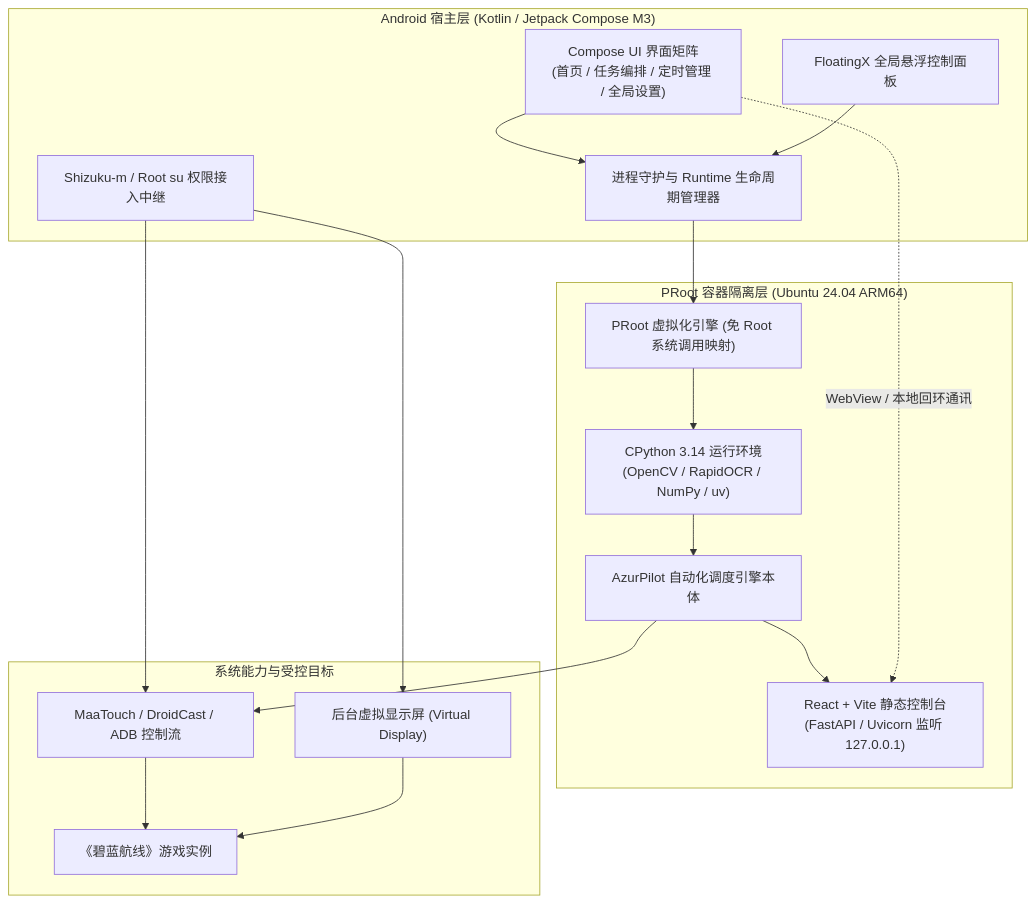
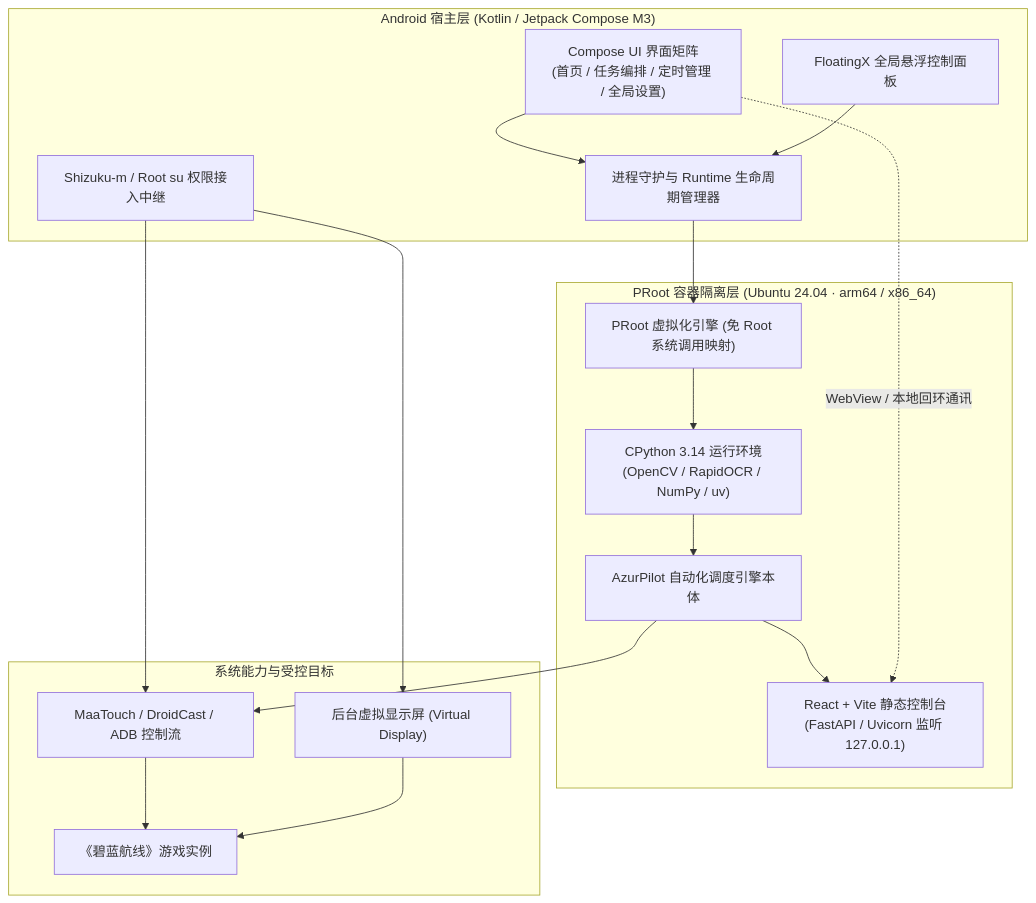
One commit to wess09/ALAS-AOS changed the diagram in README.md. Above: the diagram before and after it, drawn with Mermaid. The commit also changed other lines of this file and 60 other files, not shown here.

````diff
--- a/README.md
+++ b/README.md
@@ -305,35 +306,35 @@
 ```mermaid
 graph TD
     subgraph AndroidHost ["Android 宿主层 (Kotlin / Jetpack Compose M3)"]
         UI["Compose UI 界面矩阵\n(首页 / 任务编排 / 定时管理 / 全局设置)"]
         Overlay["FloatingX 全局悬浮控制面板"]
         Lifecycle["进程守护与 Runtime 生命周期管理器"]
         Bridge["Shizuku-m / Root su 权限接入中继"]
     end
 
-    subgraph Container ["PRoot 容器隔离层 (Ubuntu 24.04 ARM64)"]
+    subgraph Container ["PRoot 容器隔离层 (Ubuntu 24.04 · arm64 / x86_64)"]
         PROOT["PRoot 虚拟化引擎 (免 Root 系统调用映射)"]
         ENV["CPython 3.14 运行环境\n(OpenCV / RapidOCR / NumPy / uv)"]
         CORE["AzurPilot 自动化调度引擎本体"]
         WEB["React + Vite 静态控制台\n(FastAPI / Uvicorn 监听 127.0.0.1)"]
     end
 
     subgraph DeviceTarget ["系统能力与受控目标"]
         VDisplay["后台虚拟显示屏 (Virtual Display)"]
         InputService["MaaTouch / DroidCast / ADB 控制流"]
         GameApp["《碧蓝航线》游戏实例"]
     end
 
     UI --> Lifecycle
     Overlay --> Lifecycle
     Lifecycle --> PROOT
     PROOT --> ENV
     ENV --> CORE
     CORE --> WEB
     UI -. "WebView / 本地回环通讯" .-> WEB
     Bridge --> InputService
     Bridge --> VDisplay
     InputService --> GameApp
     VDisplay --> GameApp
     CORE --> InputService
 ```
````
